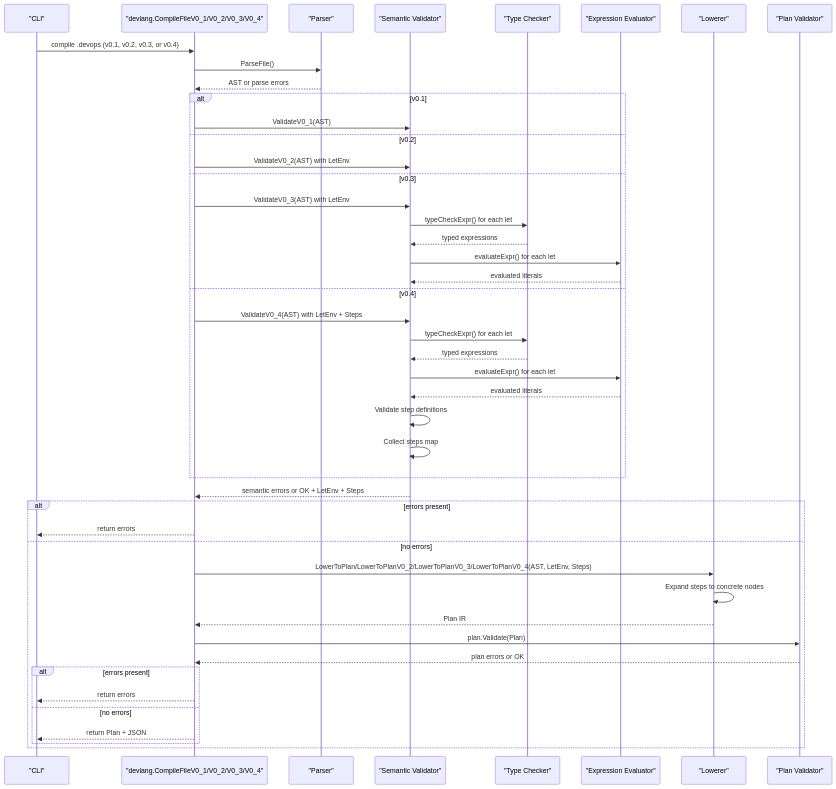
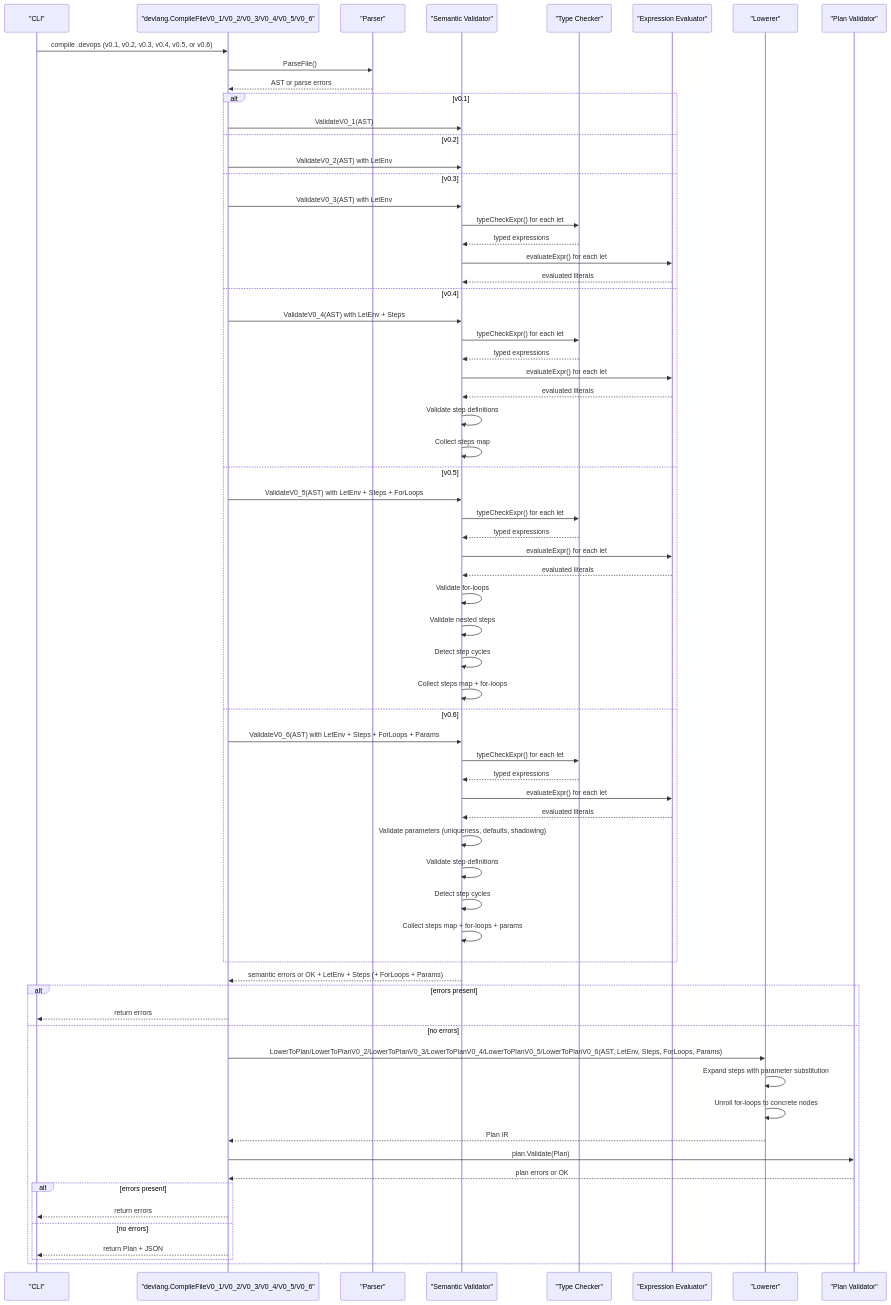
Before and after one commit to ahmednour1430464/dotdevops: the second of 15 diagrams in .qoder/repowiki/en/content/.devops Language Reference/Validation Rules and Constraints.md, drawn with Mermaid. The commit also changed other lines of this file and 12 other files, not shown here.

First line of the commit message:
feat(devlang): add v0.5 for-loop and nested step support

````diff
--- a/.qoder/repowiki/en/content/.devops Language Reference/Validation Rules and Constraints.md
+++ b/.qoder/repowiki/en/content/.devops Language Reference/Validation Rules and Constraints.md
@@ -145,48 +180,69 @@
 ```mermaid
 sequenceDiagram
 participant CLI as "CLI"
-participant DL as "devlang.CompileFileV0_1/V0_2/V0_3/V0_4"
+participant DL as "devlang.CompileFileV0_1/V0_2/V0_3/V0_4/V0_5/V0_6"
 participant P as "Parser"
 participant SV as "Semantic Validator"
 participant TE as "Type Checker"
 participant EE as "Expression Evaluator"
 participant L as "Lowerer"
 participant PV as "Plan Validator"
-CLI->>DL : compile .devops (v0.1, v0.2, v0.3, or v0.4)
+CLI->>DL : compile .devops (v0.1, v0.2, v0.3, v0.4, v0.5, or v0.6)
 DL->>P : ParseFile()
 P-->>DL : AST or parse errors
 alt v0.1
 DL->>SV : ValidateV0_1(AST)
 else v0.2
 DL->>SV : ValidateV0_2(AST) with LetEnv
 else v0.3
 DL->>SV : ValidateV0_3(AST) with LetEnv
 SV->>TE : typeCheckExpr() for each let
 TE-->>SV : typed expressions
 SV->>EE : evaluateExpr() for each let
 EE-->>SV : evaluated literals
 else v0.4
 DL->>SV : ValidateV0_4(AST) with LetEnv + Steps
 SV->>TE : typeCheckExpr() for each let
 TE-->>SV : typed expressions
 SV->>EE : evaluateExpr() for each let
 EE-->>SV : evaluated literals
 SV->>SV : Validate step definitions
 SV->>SV : Collect steps map
+else v0.5
+DL->>SV : ValidateV0_5(AST) with LetEnv + Steps + ForLoops
+SV->>TE : typeCheckExpr() for each let
+TE-->>SV : typed expressions
+SV->>EE : evaluateExpr() for each let
+EE-->>SV : evaluated literals
+SV->>SV : Validate for-loops
+SV->>SV : Validate nested steps
+SV->>SV : Detect step cycles
+SV->>SV : Collect steps map + for-loops
+else v0.6
+DL->>SV : ValidateV0_6(AST) with LetEnv + Steps + ForLoops + Params
+SV->>TE : typeCheckExpr() for each let
+TE-->>SV : typed expressions
+SV->>EE : evaluateExpr() for each let
+EE-->>SV : evaluated literals
+SV->>SV : Validate parameters (uniqueness, defaults, shadowing)
+SV->>SV : Validate step definitions
+SV->>SV : Detect step cycles
+SV->>SV : Collect steps map + for-loops + params
 end
-SV-->>DL : semantic errors or OK + LetEnv + Steps
+SV-->>DL : semantic errors or OK + LetEnv + Steps (+ ForLoops + Params)
 alt errors present
 DL-->>CLI : return errors
 else no errors
-DL->>L : LowerToPlan/LowerToPlanV0_2/LowerToPlanV0_3/LowerToPlanV0_4(AST, LetEnv, Steps)
-L->>L : Expand steps to concrete nodes
+DL->>L : LowerToPlan/LowerToPlanV0_2/LowerToPlanV0_3/LowerToPlanV0_4/LowerToPlanV0_5/LowerToPlanV0_6(AST, LetEnv, Steps, ForLoops, Params)
+L->>L : Expand steps with parameter substitution
+L->>L : Unroll for-loops to concrete nodes
 L-->>DL : Plan IR
 DL->>PV : plan.Validate(Plan)
 PV-->>DL : plan errors or OK
 alt errors present
 DL-->>CLI : return errors
 else no errors
 DL-->>CLI : return Plan + JSON
 end
 end
 ```
````
